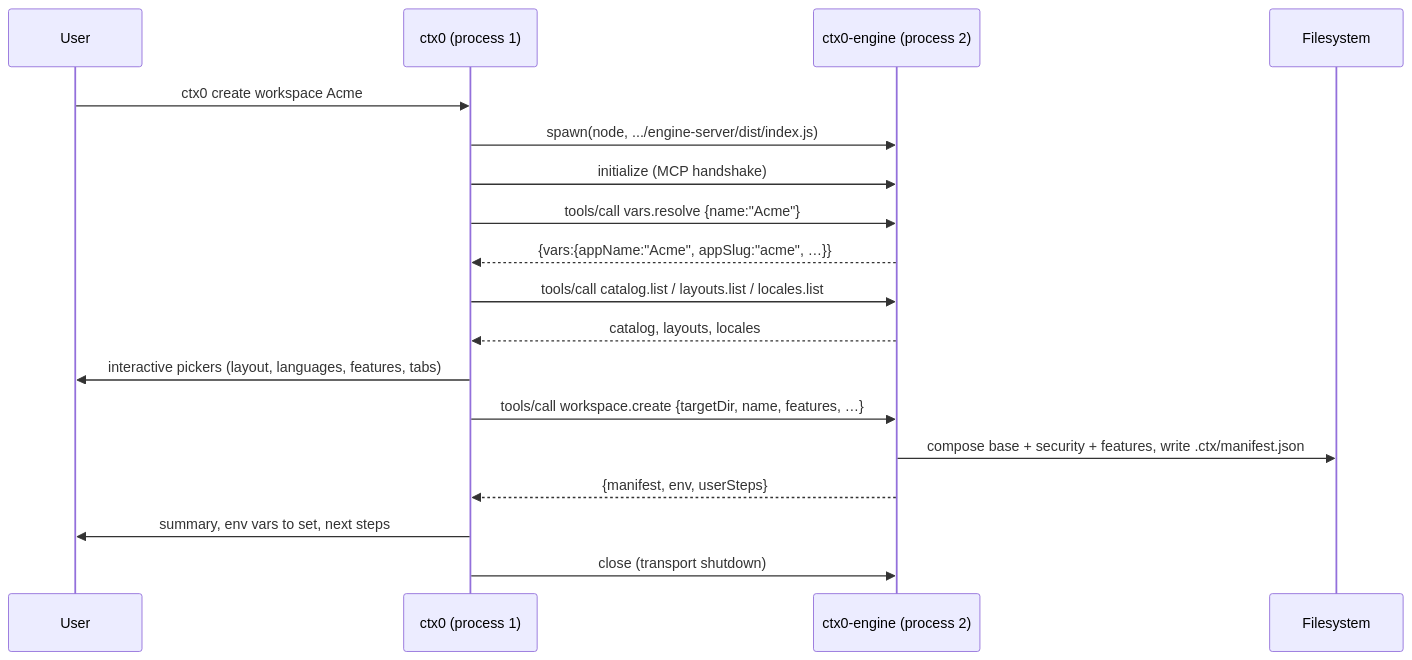
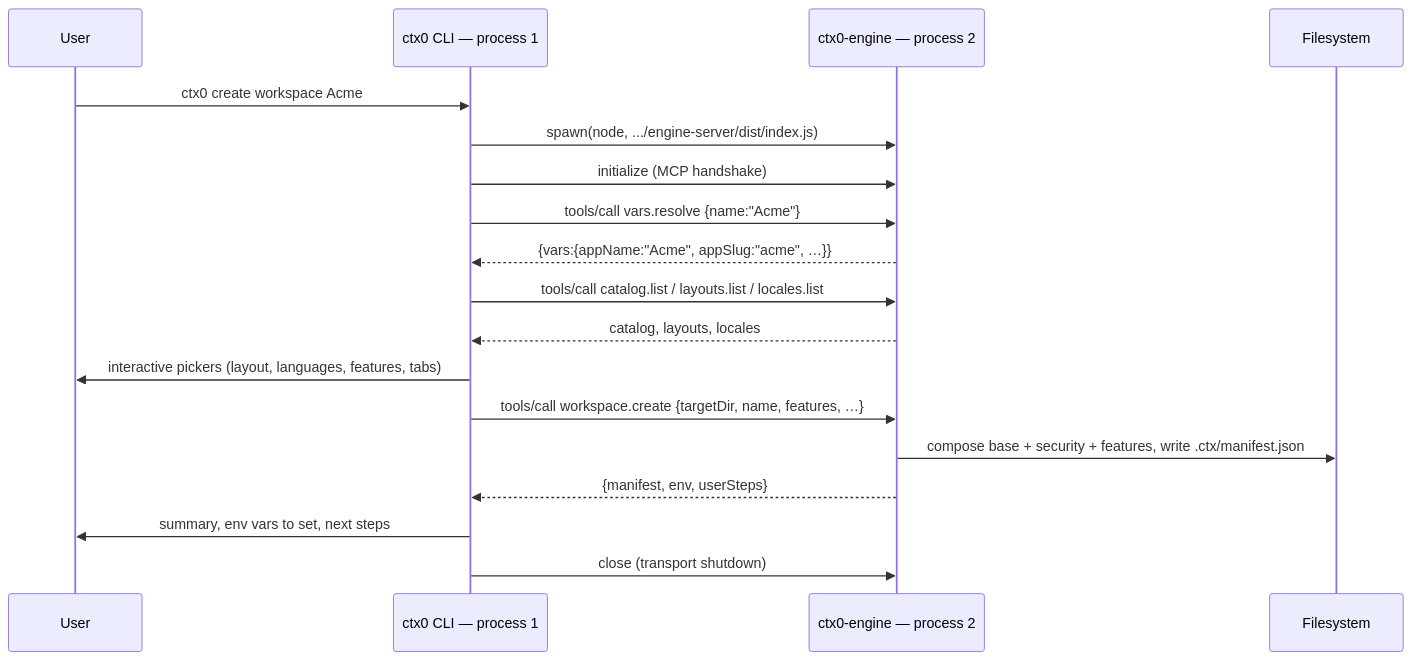
One commit to gbrandtio/ctx.0 changed the third of 4 diagrams in docs/architecture/README.md. Above: the diagram before and after it, drawn with Mermaid. The commit also changed other lines of this file and 2 other files, not shown here.

First line of the commit message:
docs: fix mermaid parse error and harden diagram syntax

````diff
--- a/docs/architecture/README.md
+++ b/docs/architecture/README.md
@@ -75,21 +75,21 @@
 ```mermaid
 sequenceDiagram
     participant U as User
-    participant C as ctx0 (process 1)
-    participant E as ctx0-engine (process 2)
+    participant C as ctx0 CLI — process 1
+    participant E as ctx0-engine — process 2
     participant F as Filesystem
 
     U->>C: ctx0 create workspace Acme
     C->>E: spawn(node, .../engine-server/dist/index.js)
     C->>E: initialize (MCP handshake)
     C->>E: tools/call vars.resolve {name:"Acme"}
     E-->>C: {vars:{appName:"Acme", appSlug:"acme", …}}
     C->>E: tools/call catalog.list / layouts.list / locales.list
     E-->>C: catalog, layouts, locales
     C->>U: interactive pickers (layout, languages, features, tabs)
     C->>E: tools/call workspace.create {targetDir, name, features, …}
     E->>F: compose base + security + features, write .ctx/manifest.json
     E-->>C: {manifest, env, userSteps}
     C->>U: summary, env vars to set, next steps
     C->>E: close (transport shutdown)
 ```
````
